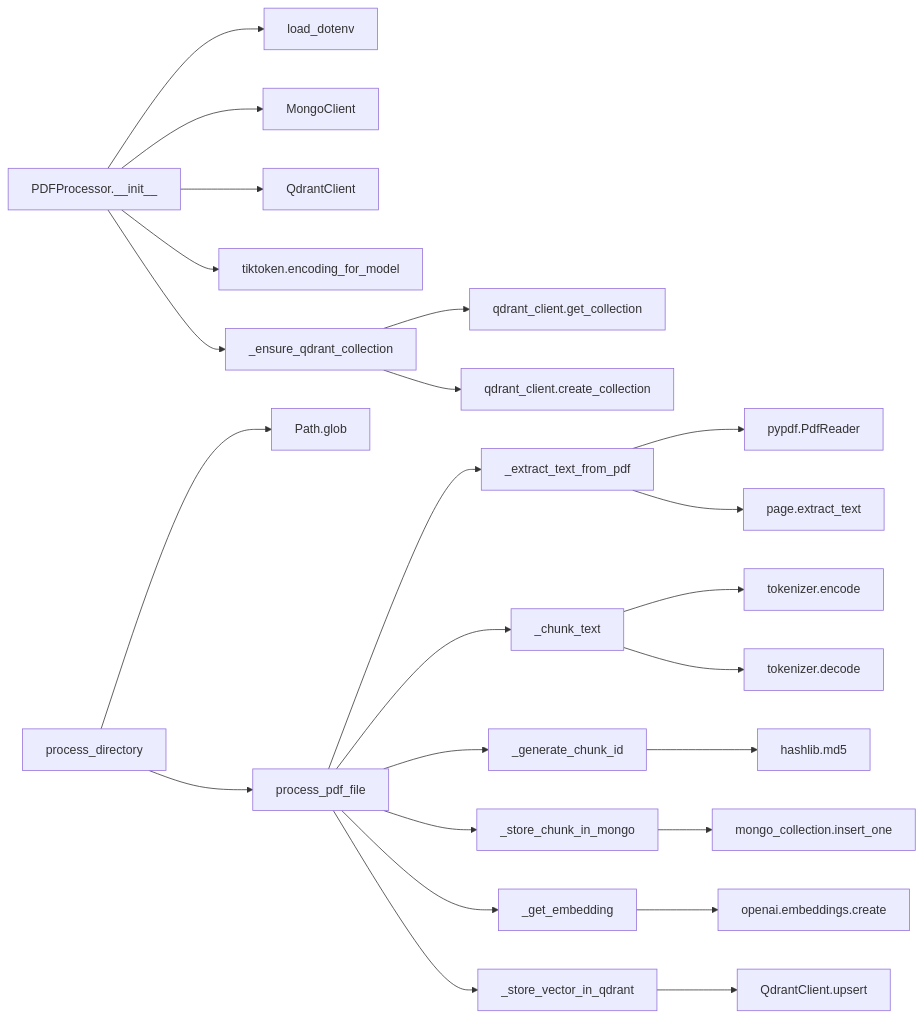
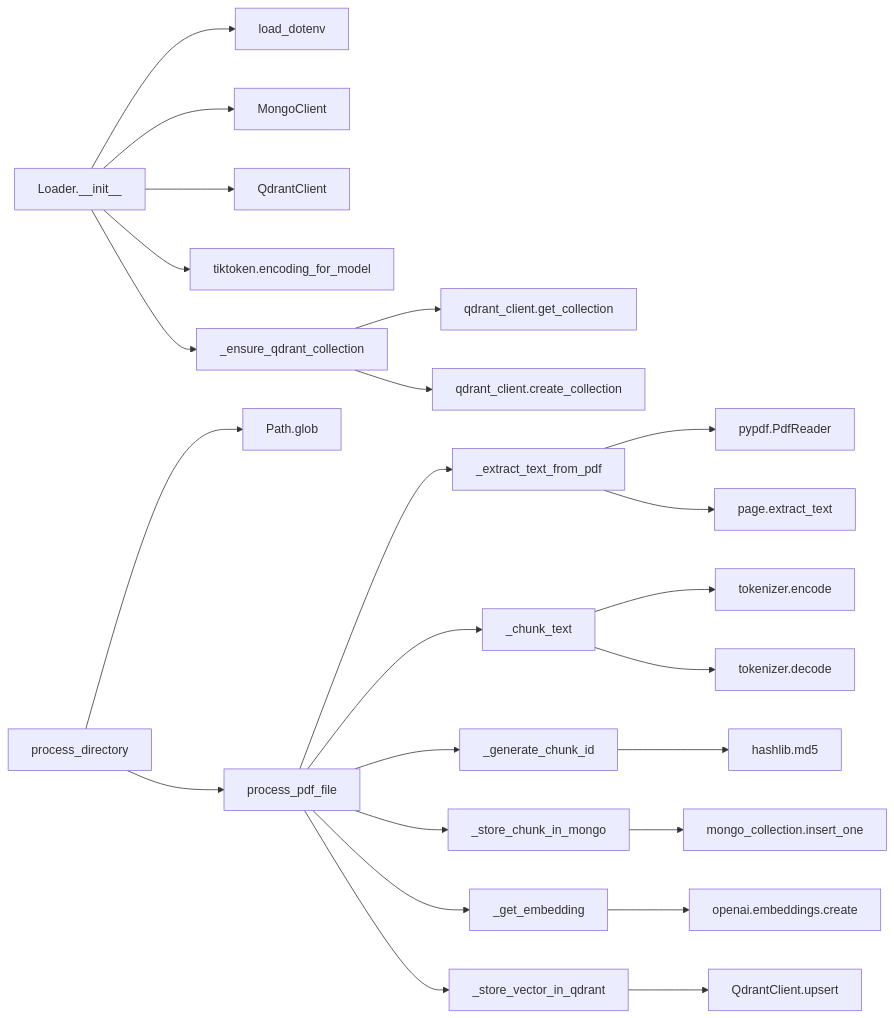
The second of 2 diagrams in application/loader/README.md (axler8r/GrokLangChain), drawn with Mermaid before and after one commit. The commit also changed other lines of this file and 4 other files, not shown here.

First line of the commit message:
refactor: renamed `PDFProcessor` to `Loader`

````diff
--- a/application/loader/README.md
+++ b/application/loader/README.md
@@ -63,35 +63,35 @@
 ```mermaid
 graph LR
-    A[PDFProcessor.__init__] --> B[load_dotenv]
+    A[Loader.__init__] --> B[load_dotenv]
     A --> C[MongoClient]
     A --> D[QdrantClient]
     A --> E[tiktoken.encoding_for_model]
     A --> F[_ensure_qdrant_collection]
     
     G[process_directory] --> H[Path.glob]
     G --> I[process_pdf_file]
     
     I --> J[_extract_text_from_pdf]
     I --> K[_chunk_text]
     I --> L[_generate_chunk_id]
     I --> M[_store_chunk_in_mongo]
     I --> N[_get_embedding]
     I --> O[_store_vector_in_qdrant]
     
     J --> P[pypdf.PdfReader]
     J --> Q[page.extract_text]
     
     K --> R[tokenizer.encode]
     K --> S[tokenizer.decode]
     
     L --> T[hashlib.md5]
     
     M --> U[mongo_collection.insert_one]
     
     N --> V[openai.embeddings.create]
     
     O --> W[QdrantClient.upsert]
     
     F --> X[qdrant_client.get_collection]
     F --> Y[qdrant_client.create_collection]
 ```
````
